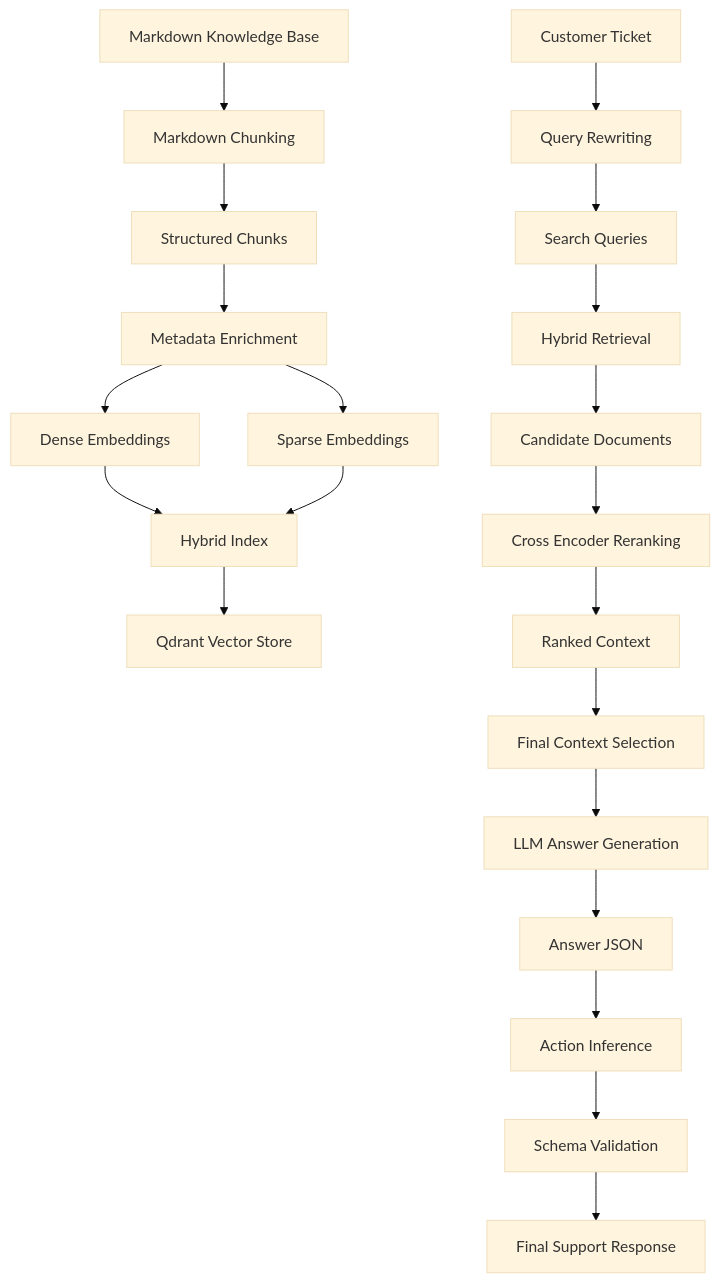
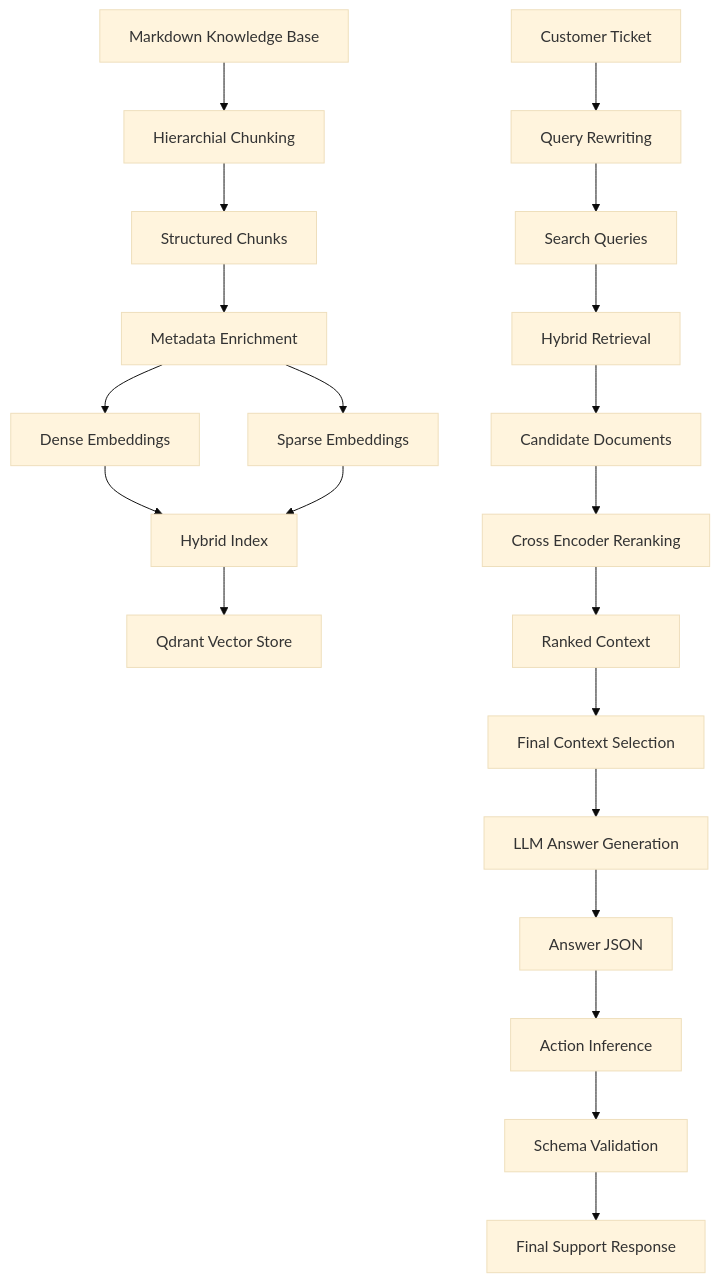
Before and after one commit to Sindhuja217/interview-exercise-rag: the diagram in README.md, drawn with Mermaid (base theme).

````diff
--- a/README.md
+++ b/README.md
@@ -37,46 +37,46 @@
 ```mermaid
 graph TB
     %% Knowledge Ingestion
     A[Markdown Knowledge Base]
-        --> B[Markdown Chunking]
+        --> B[Hierarchial Chunking]
 
     B --> C[Structured Chunks]
 
     C --> D[Metadata Enrichment]
 
     D --> E[Dense Embeddings]
     D --> F[Sparse Embeddings]
 
     E --> G[Hybrid Index]
     F --> G
 
     G --> H[Qdrant Vector Store]
 
     %% Query and Retrieval
     I[Customer Ticket]
         --> J[Query Rewriting]
 
     J --> K[Search Queries]
 
     K --> L[Hybrid Retrieval]
 
     L --> M[Candidate Documents]
 
     M --> N[Cross Encoder Reranking]
 
     N --> O[Ranked Context]
 
     O --> P[Final Context Selection]
 
     %% Answer and Decision
     P --> Q[LLM Answer Generation]
 
     Q --> R[Answer JSON]
 
     R --> S[Action Inference]
 
     S --> T[Schema Validation]
 
     T --> U[Final Support Response]
 
 ```
````
